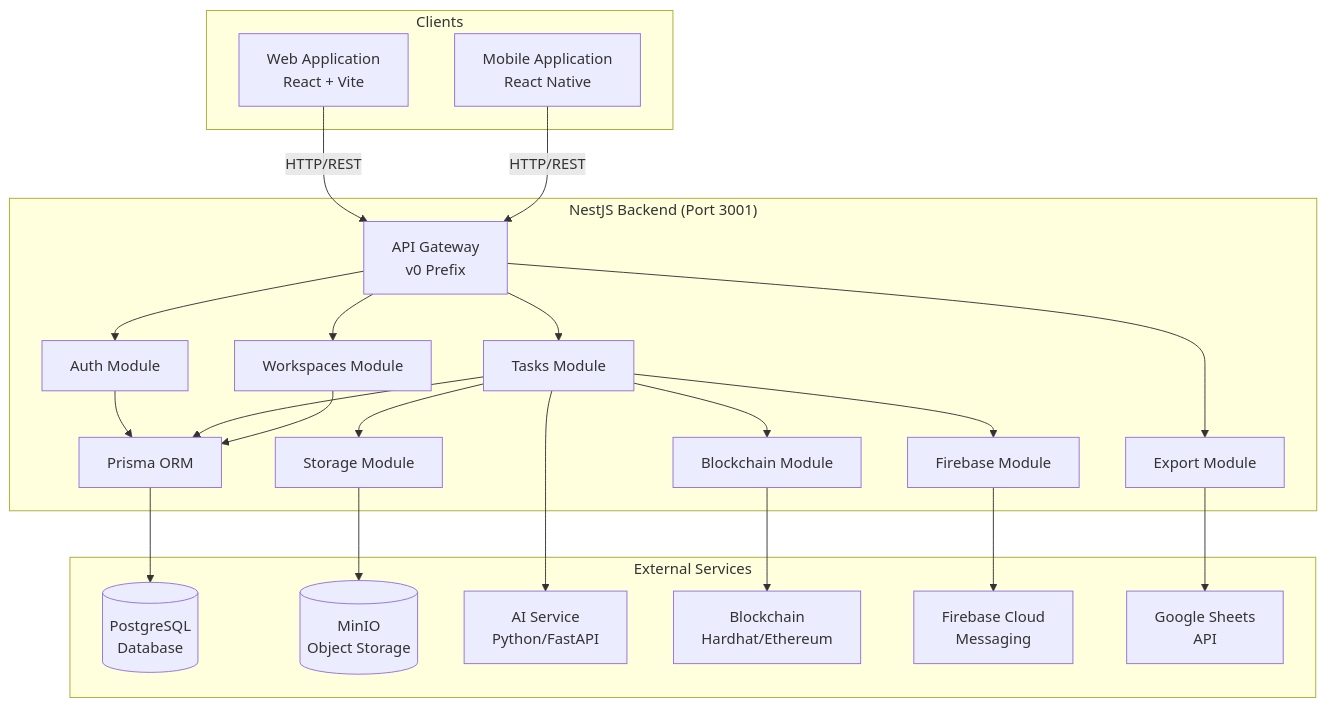
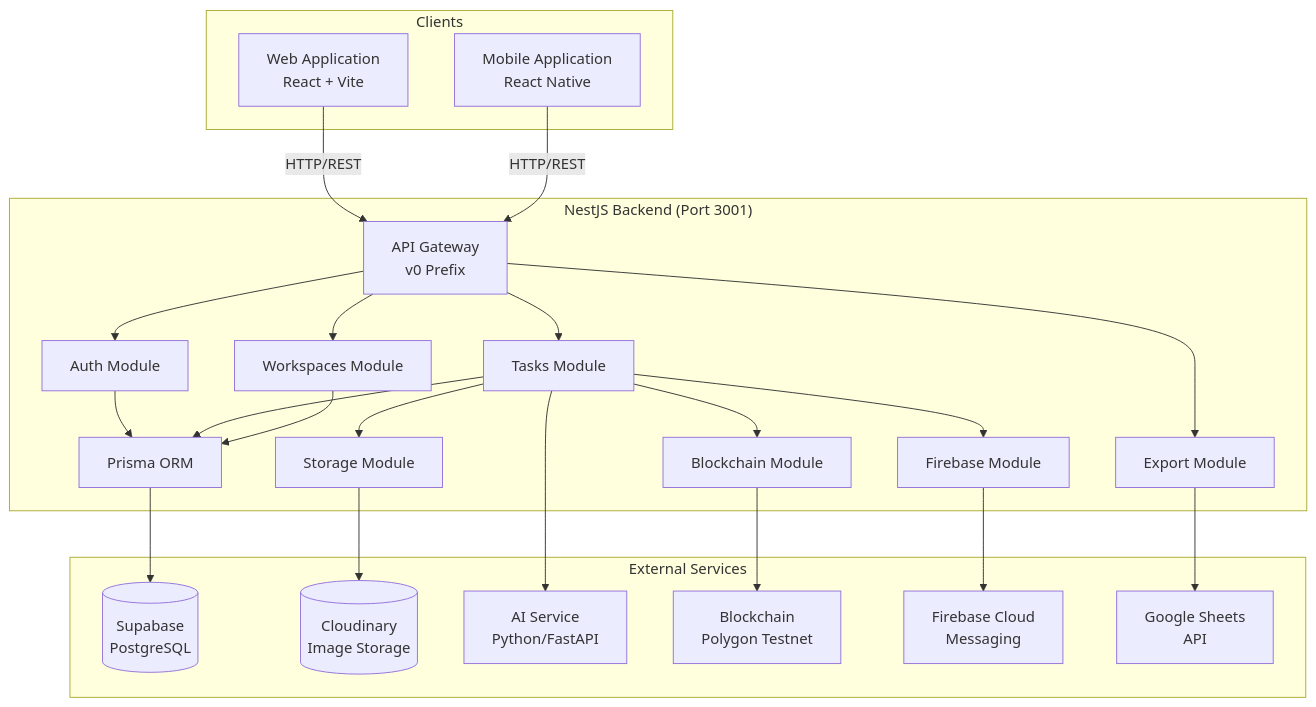
The first of 6 diagrams in apps/backend/README.md (kedarvartak/open-audit), drawn with Mermaid before and after one commit. The commit also changed other lines of this file and 6 other files, not shown here.

Commit message:
feat: Migrate database to Supabase, image storage to Cloudinary, and blockchain to Polygon, while updating default login credentials and removing Redis.

````diff
--- a/apps/backend/README.md
+++ b/apps/backend/README.md
@@ -28,51 +28,51 @@
 ```mermaid
 graph TB
     subgraph Clients
         WEB[Web Application<br/>React + Vite]
         MOBILE[Mobile Application<br/>React Native]
     end
 
     subgraph Backend["NestJS Backend (Port 3001)"]
         API[API Gateway<br/>v0 Prefix]
         AUTH[Auth Module]
         TASKS[Tasks Module]
         WS[Workspaces Module]
         EXPORT[Export Module]
         BC[Blockchain Module]
         FB[Firebase Module]
         STORAGE[Storage Module]
         PRISMA[Prisma ORM]
     end
 
     subgraph External Services
-        PG[(PostgreSQL<br/>Database)]
-        MINIO[(MinIO<br/>Object Storage)]
+        PG[(Supabase<br/>PostgreSQL)]
+        CLOUD[(Cloudinary<br/>Image Storage)]
         AI[AI Service<br/>Python/FastAPI]
-        CHAIN[Blockchain<br/>Hardhat/Ethereum]
+        CHAIN[Blockchain<br/>Polygon Testnet]
         FCM[Firebase Cloud<br/>Messaging]
         SHEETS[Google Sheets<br/>API]
     end
 
     WEB -->|HTTP/REST| API
     MOBILE -->|HTTP/REST| API
     
     API --> AUTH
     API --> TASKS
     API --> WS
     API --> EXPORT
     
     TASKS --> STORAGE
     TASKS --> AI
     TASKS --> BC
     TASKS --> FB
     
     AUTH --> PRISMA
     TASKS --> PRISMA
     WS --> PRISMA
     
     PRISMA --> PG
-    STORAGE --> MINIO
+    STORAGE --> CLOUD
     BC --> CHAIN
     FB --> FCM
     EXPORT --> SHEETS
 ```
````
